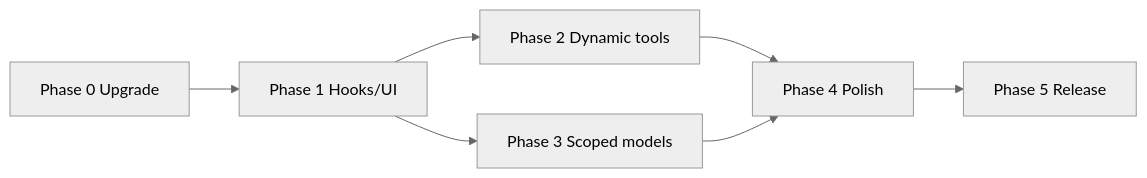
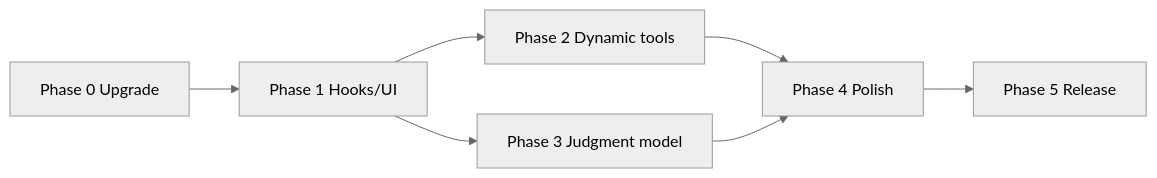
One commit to cshirley/accord changed the diagram in docs/pi-sdk-upgrade-plan.md. Above: the diagram before and after it, drawn with Mermaid (neutral theme). The commit also changed other lines of this file and 13 other files, not shown here.

First line of the commit message:
[CHORE] Phase 3 orchestration judgment model and scoped preflight

````diff
--- a/docs/pi-sdk-upgrade-plan.md
+++ b/docs/pi-sdk-upgrade-plan.md
@@ -283,9 +317,9 @@
 ```mermaid
 flowchart LR
   P0[Phase 0 Upgrade] --> P1[Phase 1 Hooks/UI]
   P1 --> P2[Phase 2 Dynamic tools]
-  P1 --> P3[Phase 3 Scoped models]
+  P1 --> P3[Phase 3 Judgment model]
   P2 --> P4[Phase 4 Polish]
   P3 --> P4
   P4 --> P5[Phase 5 Release]
 ```
````
